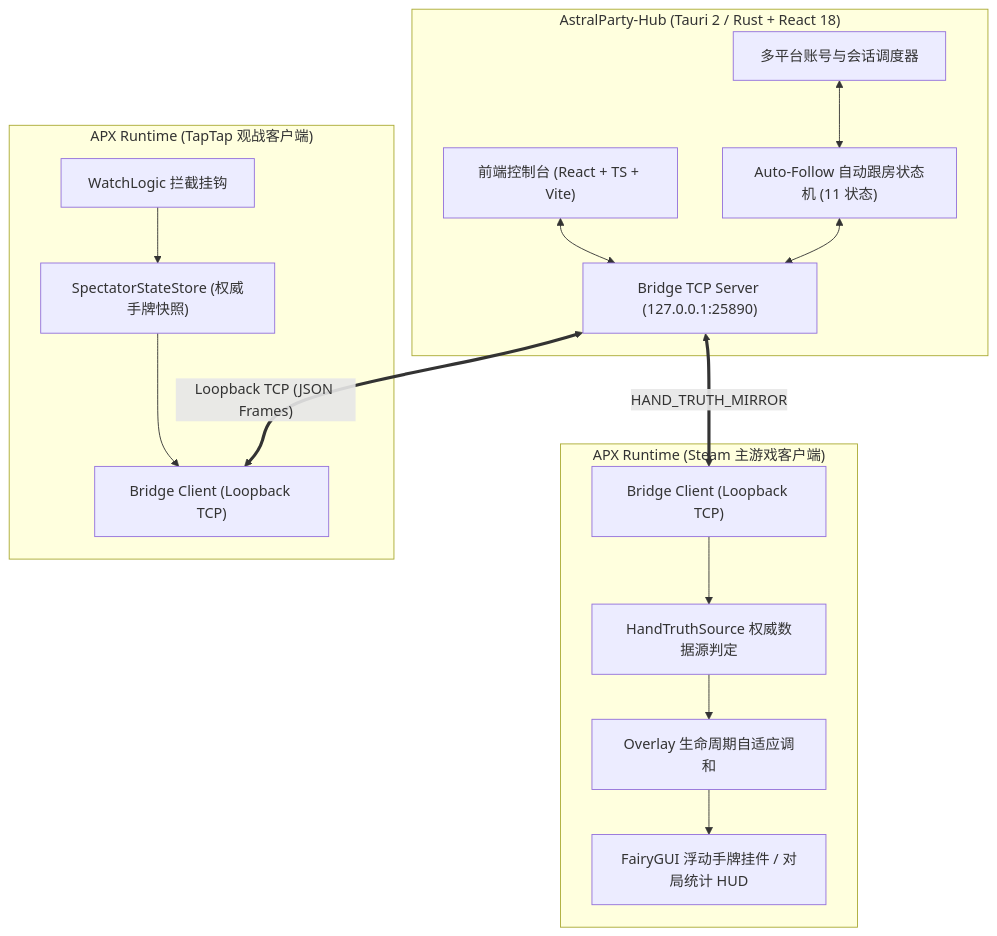
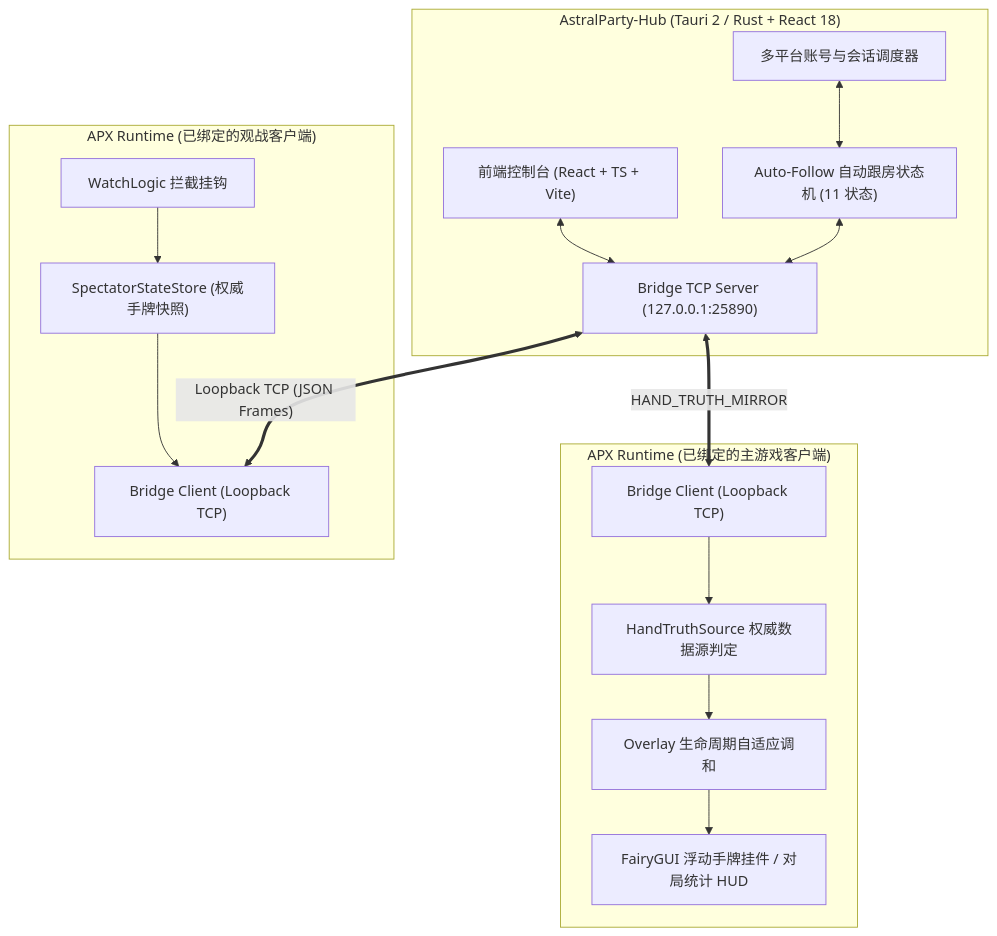
One commit to Breezecaresses/Xingshu-hub changed the diagram in README_CN.md. Above: the diagram before and after it, drawn with Mermaid. The commit also changed other lines of this file and 2 other files, not shown here.

Commit message:
fix: preserve published docs during source exports and clarify runtime status

````diff
--- a/README_CN.md
+++ b/README_CN.md
@@ -33,33 +45,33 @@
 ```mermaid
 flowchart TD
     subgraph Hub["AstralParty-Hub (Tauri 2 / Rust + React 18)"]
         UI["前端控制台 (React + TS + Vite)"]
         FSM["Auto-Follow 自动跟房状态机 (11 状态)"]
         TCPServer["Bridge TCP Server (127.0.0.1:25890)"]
         AccountMgr["多平台账号与会话调度器"]
         UI <--> TCPServer
         FSM <--> TCPServer
         AccountMgr <--> FSM
     end
 
-    subgraph RuntimeSpectator["APX Runtime (TapTap 观战客户端)"]
+    subgraph RuntimeSpectator["APX Runtime (已绑定的观战客户端)"]
         SpecHook["WatchLogic 拦截挂钩"]
         SpecStore["SpectatorStateStore (权威手牌快照)"]
         SpecBridge["Bridge Client (Loopback TCP)"]
         SpecHook --> SpecStore
         SpecStore --> SpecBridge
     end
 
-    subgraph RuntimeMain["APX Runtime (Steam 主游戏客户端)"]
+    subgraph RuntimeMain["APX Runtime (已绑定的主游戏客户端)"]
         MainBridge["Bridge Client (Loopback TCP)"]
         TruthSource["HandTruthSource 权威数据源判定"]
         Reconcile["Overlay 生命周期自适应调和"]
         FairyGUI["FairyGUI 浮动手牌挂件 / 对局统计 HUD"]
         MainBridge --> TruthSource
         TruthSource --> Reconcile
         Reconcile --> FairyGUI
     end
 
     TCPServer <== "Loopback TCP (JSON Frames)" ==> SpecBridge
     TCPServer <== "HAND_TRUTH_MIRROR" ==> MainBridge
 ```
````
